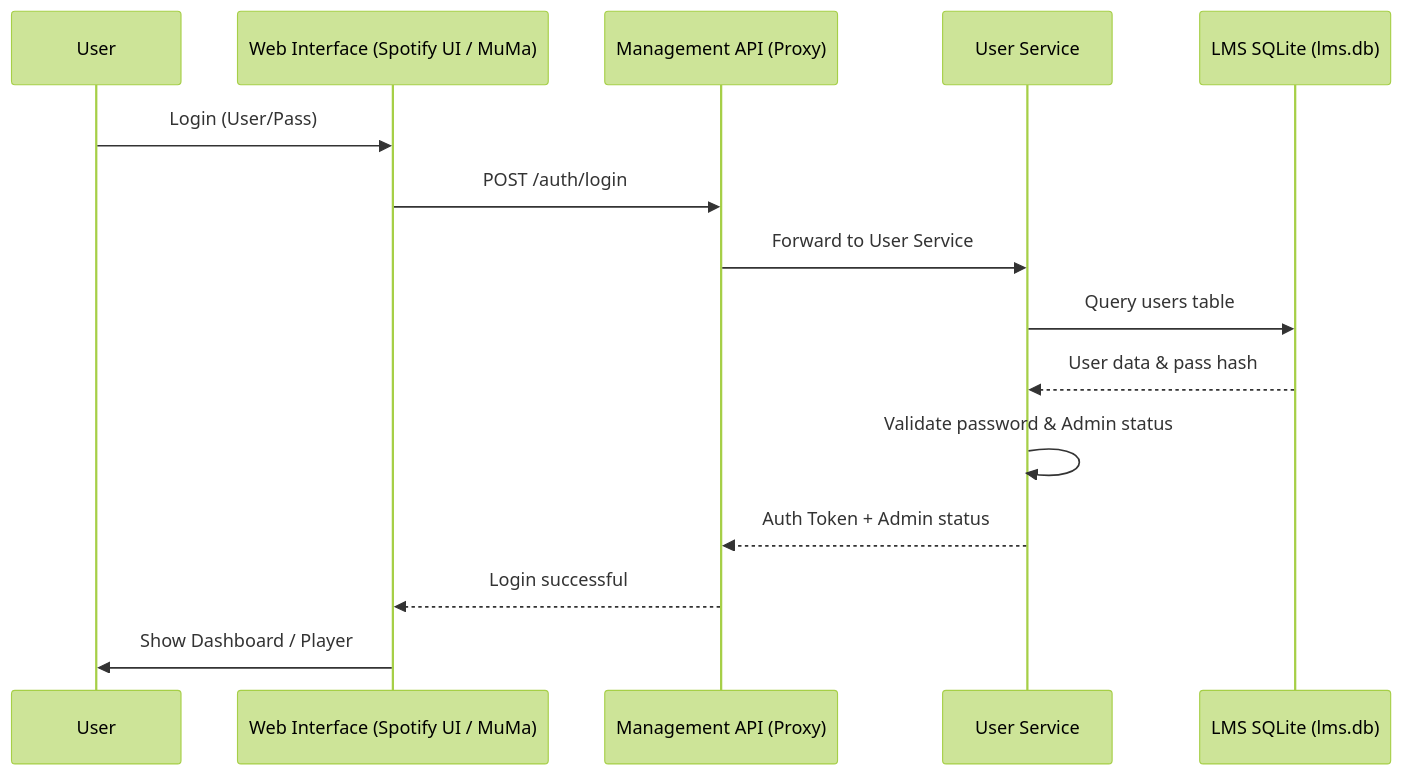
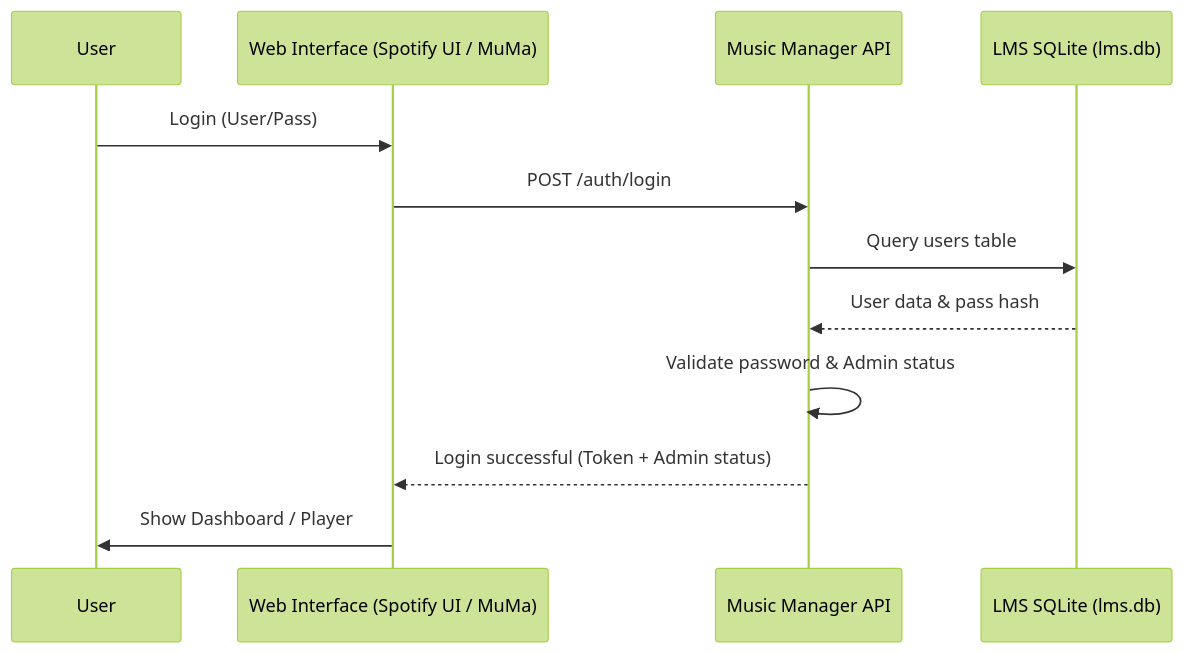
Before and after one commit to tsshadow/music-management: the second of 5 diagrams in docs/architecture.md, drawn with Mermaid (forest theme). The commit also changed other lines of this file and 82 other files, not shown here.

Commit message:
feat: consolidate microservices into music-manager core

````diff
--- a/docs/architecture.md
+++ b/docs/architecture.md
@@ -144,18 +140,15 @@
 ```mermaid
 sequenceDiagram
     participant U as User
     participant W as Web Interface (Spotify UI / MuMa)
-    participant API as Management API (Proxy)
-    participant US as User Service
+    participant API as Music Manager API
     participant DB as LMS SQLite (lms.db)
 
     U->>W: Login (User/Pass)
     W->>API: POST /auth/login
-    API->>US: Forward to User Service
-    US->>DB: Query users table
-    DB-->>US: User data & pass hash
-    US->>US: Validate password & Admin status
-    US-->>API: Auth Token + Admin status
-    API-->>W: Login successful
+    API->>DB: Query users table
+    DB-->>API: User data & pass hash
+    API->>API: Validate password & Admin status
+    API-->>W: Login successful (Token + Admin status)
     W->>U: Show Dashboard / Player
 ```
````
